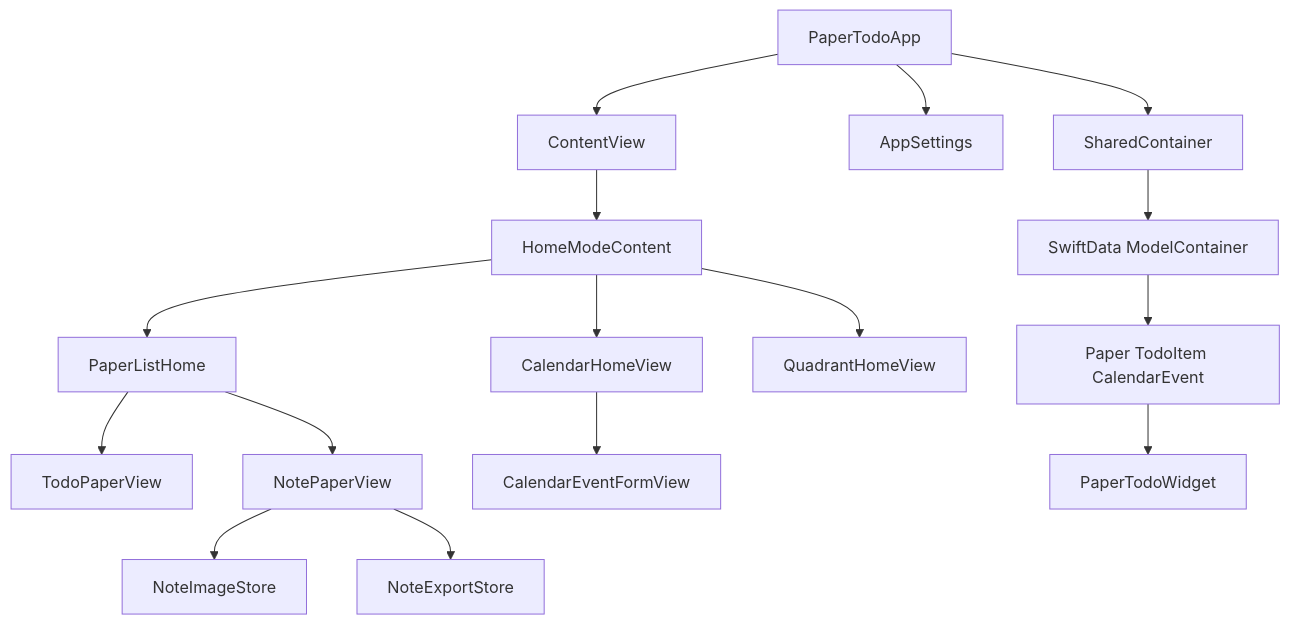
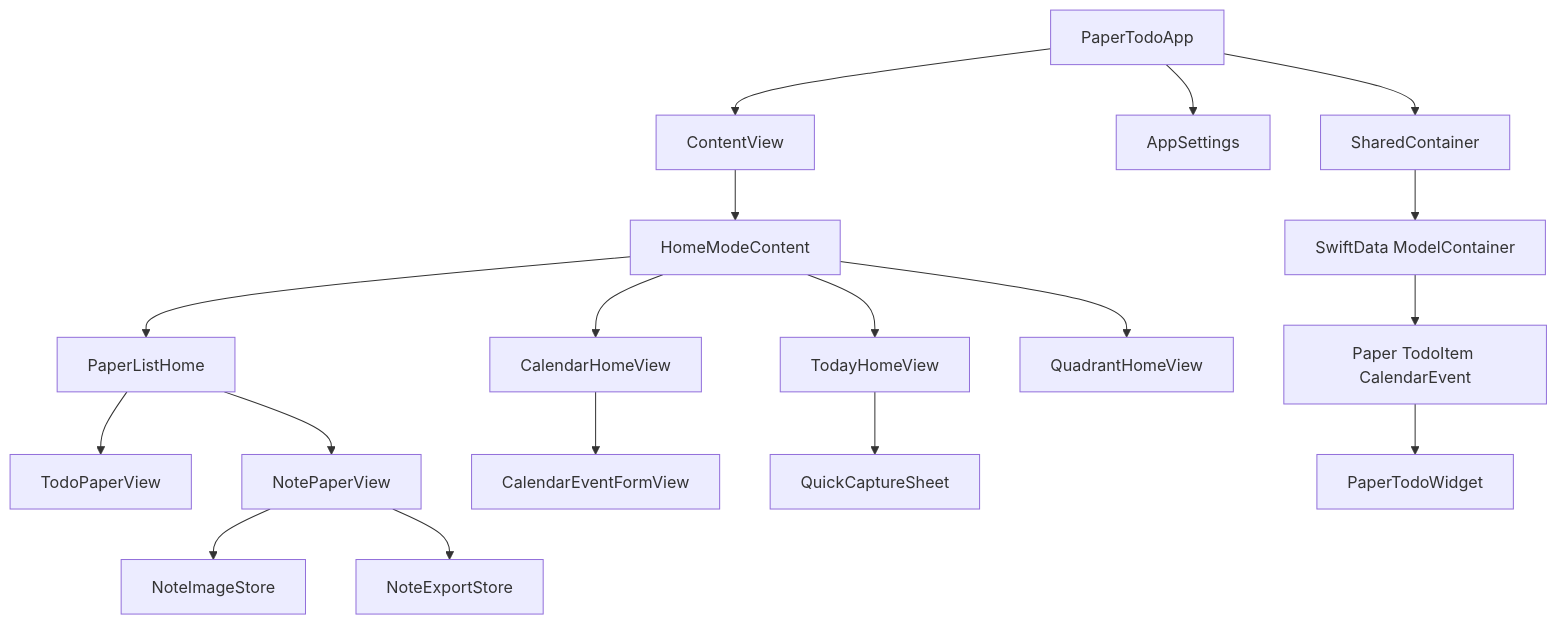
Before and after one commit to joeshu/joeshu: the diagram in .monkeycode/docs/ARCHITECTURE.md, drawn with Mermaid. The commit also changed other lines of this file and 7 other files, not shown here.

Commit message:
feat: add today workspace and quick capture

````diff
--- a/.monkeycode/docs/ARCHITECTURE.md
+++ b/.monkeycode/docs/ARCHITECTURE.md
@@ -5,18 +5,20 @@
 ```mermaid
 graph TD
     A["PaperTodoApp"] --> C["SharedContainer"]
     A --> S["AppSettings"]
     A --> H["ContentView"]
     H --> L["HomeModeContent"]
+    L --> Y["TodayHomeView"]
     L --> P["PaperListHome"]
     L --> M["CalendarHomeView"]
     L --> Q["QuadrantHomeView"]
     P --> T["TodoPaperView"]
     P --> N["NotePaperView"]
     M --> E["CalendarEventFormView"]
+    Y --> R["QuickCaptureSheet"]
     N --> I["NoteImageStore"]
     N --> X["NoteExportStore"]
     C --> D["SwiftData ModelContainer"]
     D --> O["Paper TodoItem CalendarEvent"]
     O --> W["PaperTodoWidget"]
 ```
````
